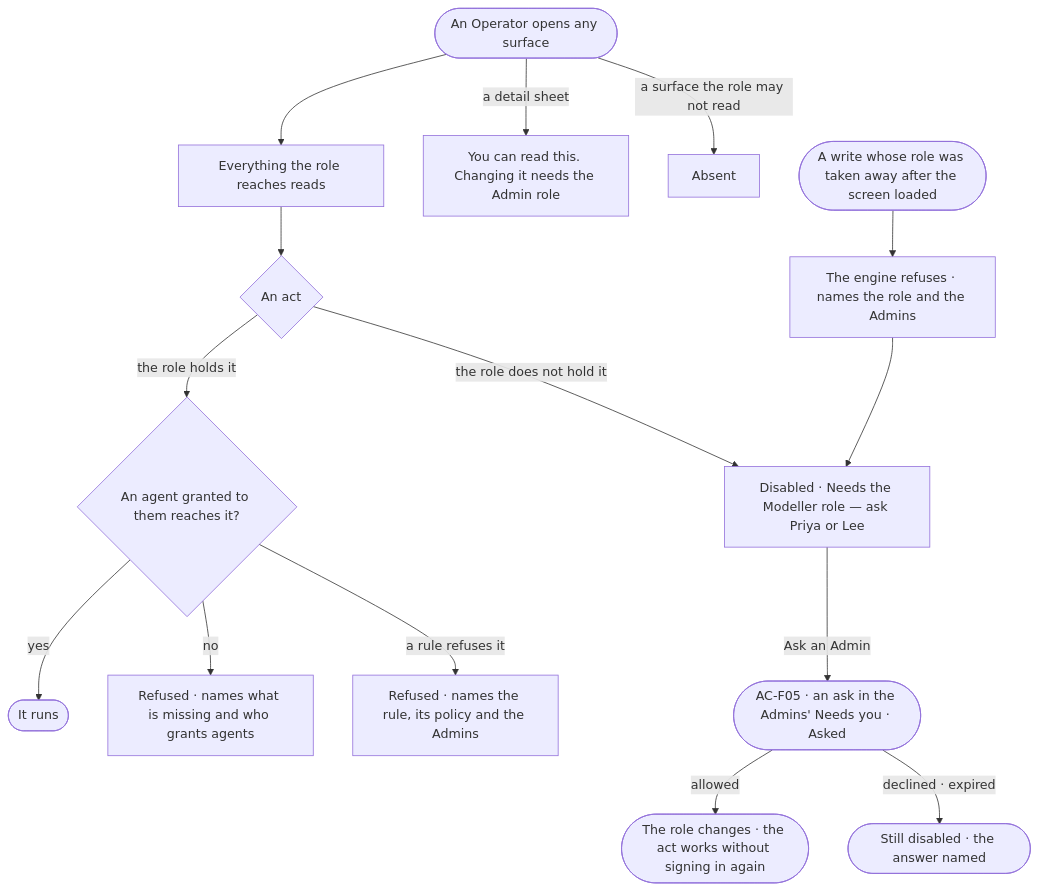
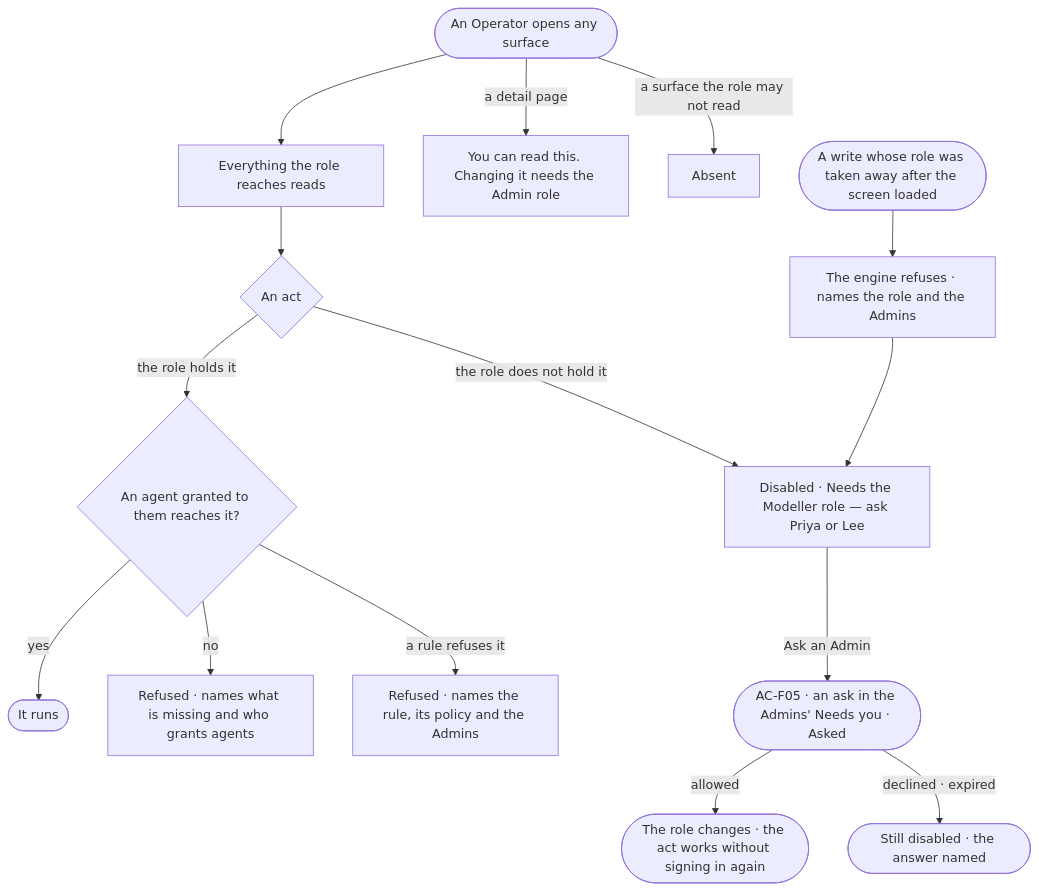
The diagram in specs/os/access/features/AC-F02-access-policies/stories/AC-07-read-without-the-role-and-know-who-to-ask/story.md (invana/invana), drawn with Mermaid before and after one commit. The commit also changed other lines of this file and 133 other files, not shown here.

````diff
--- a/specs/os/access/features/AC-F02-access-policies/stories/AC-07-read-without-the-role-and-know-who-to-ask/story.md
+++ b/specs/os/access/features/AC-F02-access-policies/stories/AC-07-read-without-the-role-and-know-who-to-ask/story.md
@@ -26,16 +26,16 @@
 ```mermaid
 flowchart TD
   o([An Operator opens any surface]) --> r["Everything the role reaches reads"]
   r --> a{"An act"}
   a -->|the role holds it| u{"An agent granted to them reaches it?"}
   u -->|yes| d(["It runs"])
   u -->|no| na["Refused · names what is missing and who grants agents"]
   u -->|a rule refuses it| tn["Refused · names the rule, its policy and the Admins"]
   a -->|the role does not hold it| x["Disabled · Needs the Modeller role — ask Priya or Lee"]
   x -->|Ask an Admin| inb(["AC-F05 · an ask in the Admins' Needs you · Asked"])
   inb -->|allowed| g(["The role changes · the act works without signing in again"])
   inb -->|declined · expired| d2(["Still disabled · the answer named"])
-  o -->|a detail sheet| ro["You can read this. Changing it needs the Admin role"]
+  o -->|a detail page| ro["You can read this. Changing it needs the Admin role"]
   o -->|a surface the role may not read| ab["Absent"]
   w([A write whose role was taken away after the screen loaded]) --> e["The engine refuses · names the role and the Admins"] --> x
 ```
````
